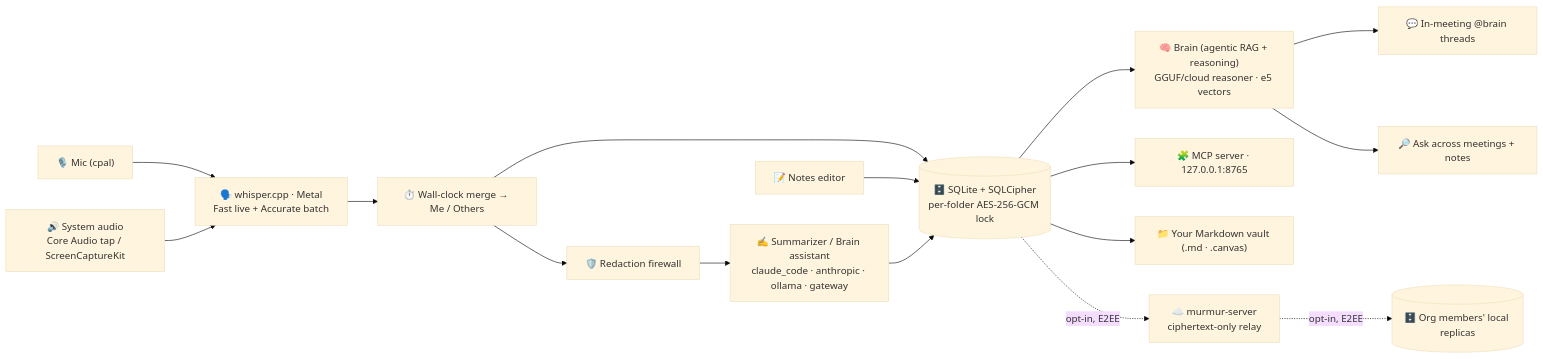
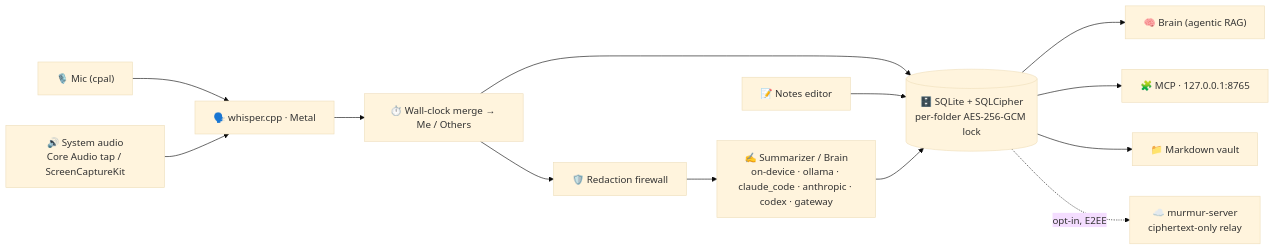
One commit to murmur-io/murmur changed the diagram in README.md. Above: the diagram before and after it, drawn with Mermaid (base theme). The commit also changed other lines of this file and 5 other files, not shown here.

````diff
--- a/README.md
+++ b/README.md
@@ -481,19 +80,16 @@
 ```mermaid
 flowchart LR
   mic["🎙️ Mic (cpal)"] --> asr
   sys["🔊 System audio<br/>Core Audio tap / ScreenCaptureKit"] --> asr
-  asr["🗣️ whisper.cpp · Metal<br/>Fast live + Accurate batch"] --> merge
+  asr["🗣️ whisper.cpp · Metal"] --> merge
   merge["⏱️ Wall-clock merge → Me / Others"] --> db
   merge --> redact
   notes["📝 Notes editor"] --> db
   redact["🛡️ Redaction firewall"] --> prov
-  prov["✍️ Summarizer / Brain assistant<br/>claude_code · anthropic · ollama · gateway"] --> db
+  prov["✍️ Summarizer / Brain<br/>on-device · ollama · claude_code · anthropic · codex · gateway"] --> db
   db[("🗄️ SQLite + SQLCipher<br/>per-folder AES-256-GCM lock")]
-  db --> brain["🧠 Brain (agentic RAG + reasoning)<br/>GGUF/cloud reasoner · e5 vectors"]
-  brain --> live["💬 In-meeting @brain threads"]
-  brain --> ask["🔎 Ask across meetings + notes"]
-  db --> mcp["🧩 MCP server · 127.0.0.1:8765"]
-  db --> vault["📁 Your Markdown vault (.md · .canvas)"]
+  db --> brain["🧠 Brain (agentic RAG)"]
+  db --> mcp["🧩 MCP · 127.0.0.1:8765"]
+  db --> vault["📁 Markdown vault"]
   db -.opt-in, E2EE.-> relay["☁️ murmur-server<br/>ciphertext-only relay"]
-  relay -.opt-in, E2EE.-> orgdb[("🗄️ Org members' local replicas")]
 ```
````
